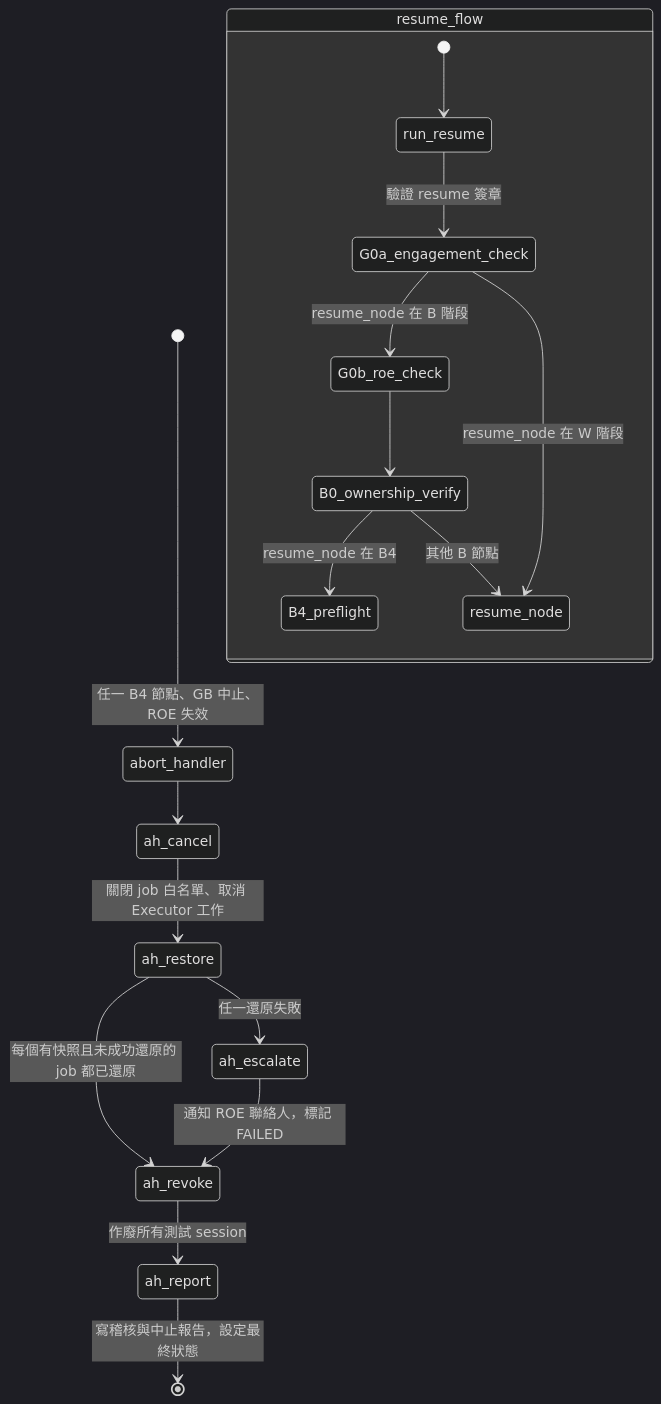
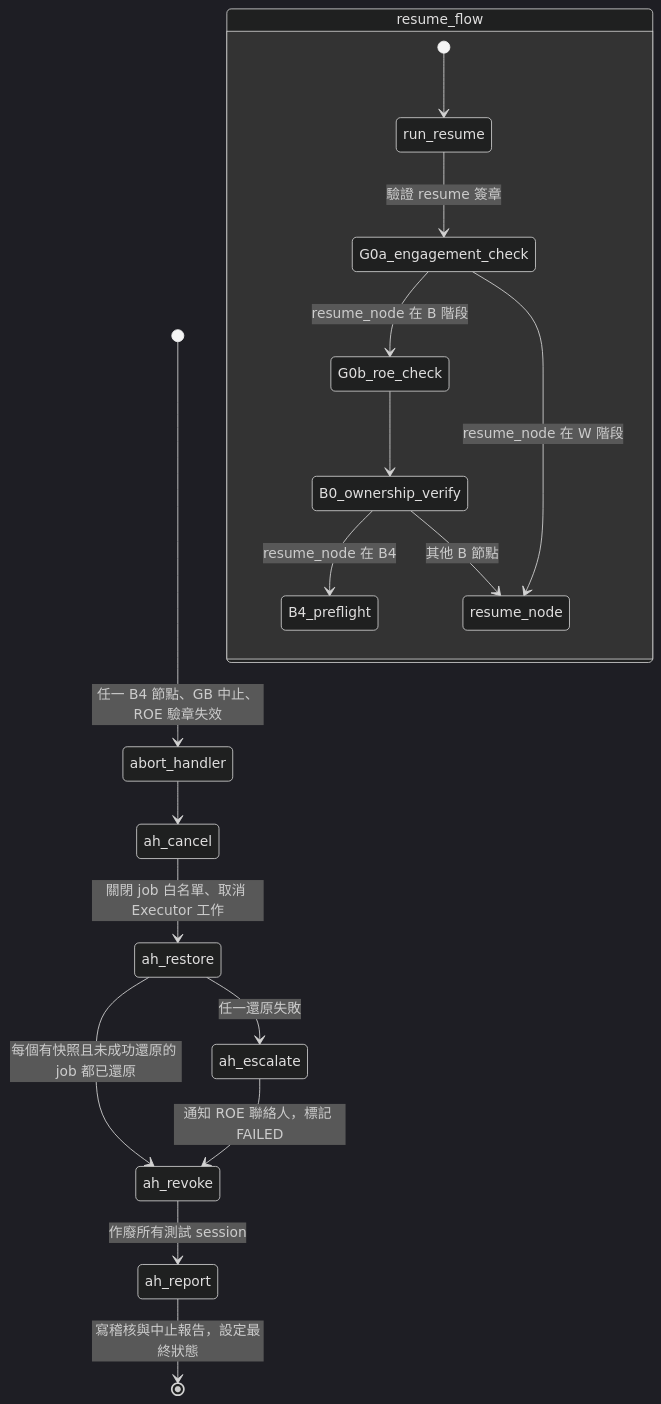
The seventh of 10 diagrams in docs/03-system-architecture.md (chinchiang/VibeCheckHarness), drawn with Mermaid (dark theme) before and after one commit. The commit also changed other lines of this file and 39 other files, not shown here.

````diff
--- a/docs/03-system-architecture.md
+++ b/docs/03-system-architecture.md
@@ -585,20 +592,20 @@
 ```mermaid
 stateDiagram-v2
-  [*] --> abort_handler: 任一 B4 節點、GB 中止、ROE 失效
+  [*] --> abort_handler: 任一 B4 節點、GB 中止、ROE 驗章失效
   abort_handler --> ah_cancel
   ah_cancel --> ah_restore: 關閉 job 白名單、取消 Executor 工作
   ah_restore --> ah_revoke: 每個有快照且未成功還原的 job 都已還原
   ah_restore --> ah_escalate: 任一還原失敗
   ah_escalate --> ah_revoke: 通知 ROE 聯絡人，標記 FAILED
   ah_revoke --> ah_report: 作廢所有測試 session
   ah_report --> [*]: 寫稽核與中止報告，設定最終狀態
   state resume_flow {
     [*] --> run_resume
     run_resume --> G0a_engagement_check: 驗證 resume 簽章
     G0a_engagement_check --> G0b_roe_check: resume_node 在 B 階段
     G0b_roe_check --> B0_ownership_verify
     B0_ownership_verify --> B4_preflight: resume_node 在 B4
     B0_ownership_verify --> resume_node: 其他 B 節點
     G0a_engagement_check --> resume_node: resume_node 在 W 階段
   }
 ```
````
